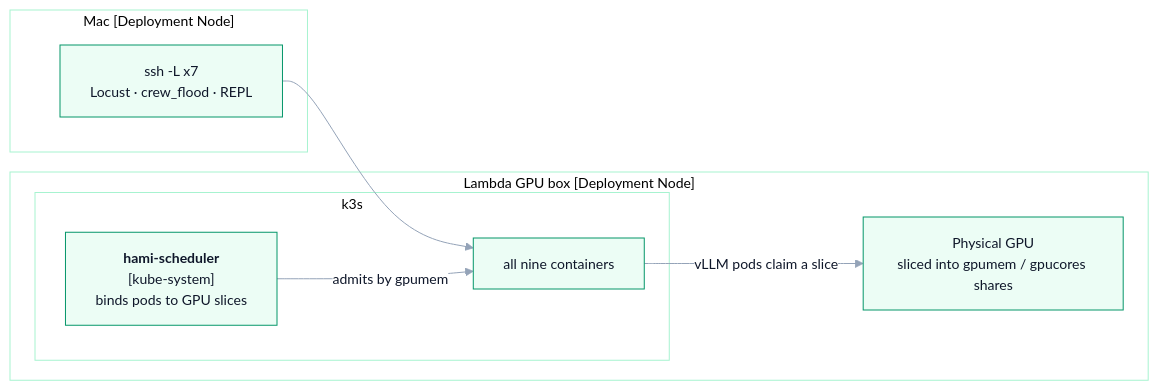
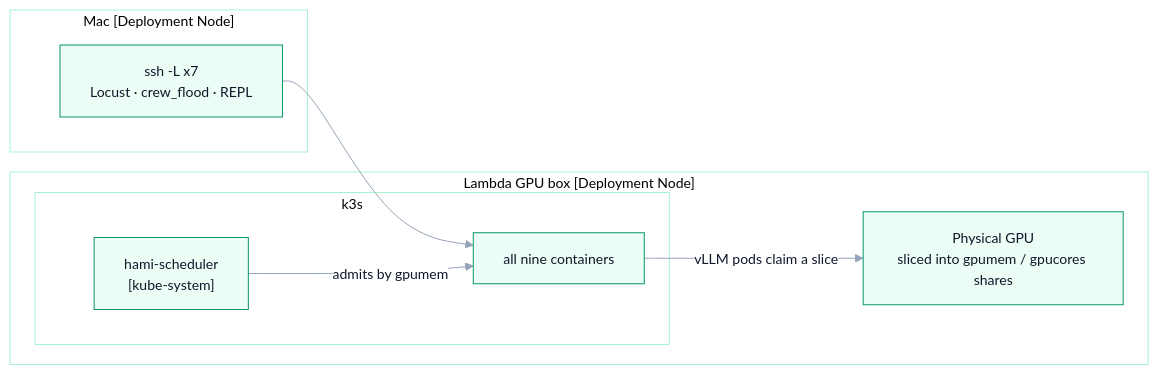
The fifth of 5 diagrams in docs/cluster/ARCHITECTURE.md (harshuljain13/Dodona), drawn with Mermaid before and after one commit. The commit also changed other lines of this file and 17 other files, not shown here.

````diff
--- a/docs/cluster/ARCHITECTURE.md
+++ b/docs/cluster/ARCHITECTURE.md
@@ -213,26 +213,26 @@
 ```mermaid
 %%{init: {'theme':'base','themeVariables':{
   'fontFamily':'ui-sans-serif, -apple-system, Segoe UI, Inter, Helvetica, Arial, sans-serif','fontSize':'14px',
   'primaryColor':'#ecfdf5','primaryTextColor':'#0f172a','primaryBorderColor':'#059669',
   'secondaryColor':'#f8fafc','tertiaryColor':'#ffffff',
   'lineColor':'#94a3b8','textColor':'#1e293b',
   'clusterBkg':'#ffffff','clusterBorder':'#a7f3d0',
   'edgeLabelBackground':'#ffffff','nodeBorder':'#059669'
 }}}%%
 flowchart LR
     subgraph MAC["Mac [Deployment Node]"]
         TUN["ssh -L x7<br/>Locust · crew_flood · REPL"]
     end
 
     subgraph BOX["Lambda GPU box [Deployment Node]"]
         subgraph K3S["k3s"]
-            SCHED["<b>hami-scheduler</b><br/>[kube-system]<br/>binds pods to GPU slices"]
+            SCHED["hami-scheduler<br/>[kube-system]"]
             PODS["all nine containers"]
         end
         GPU["Physical GPU<br/>sliced into gpumem / gpucores shares"]
     end
 
     TUN --> PODS
     SCHED -->|"admits by gpumem"| PODS
     PODS -->|"vLLM pods claim a slice"| GPU
 ```
````
